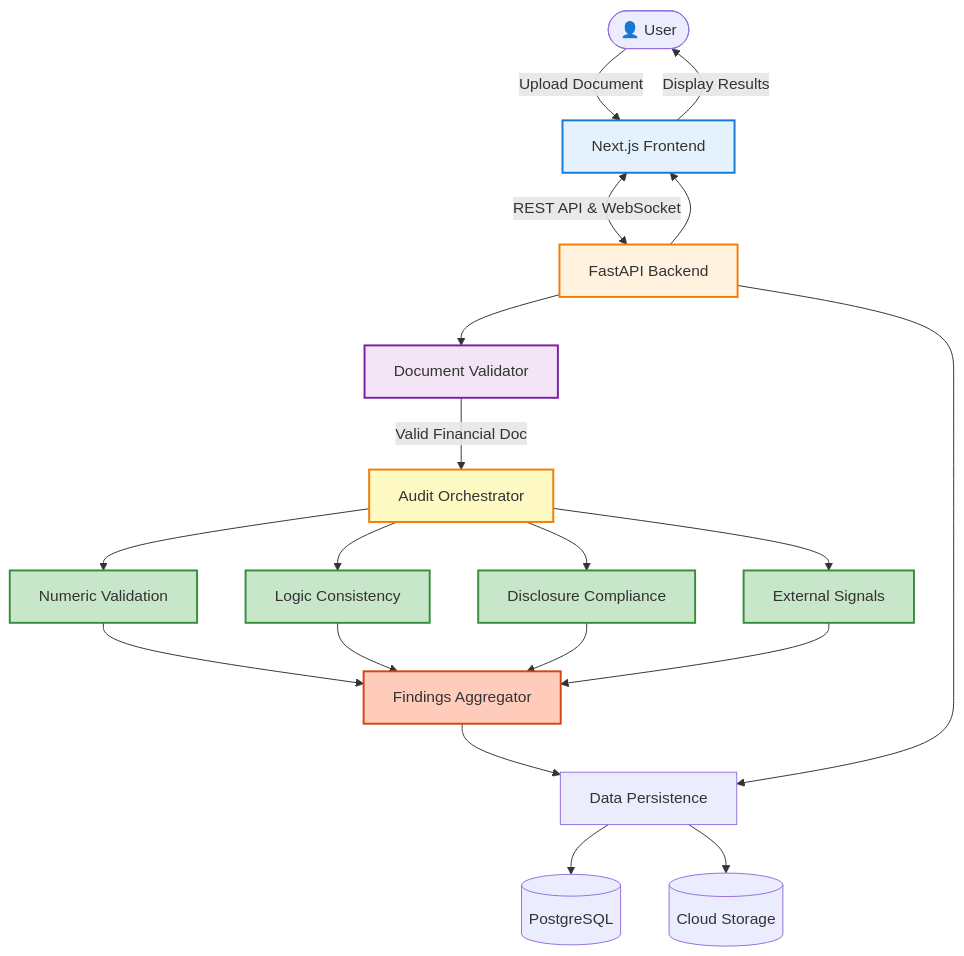
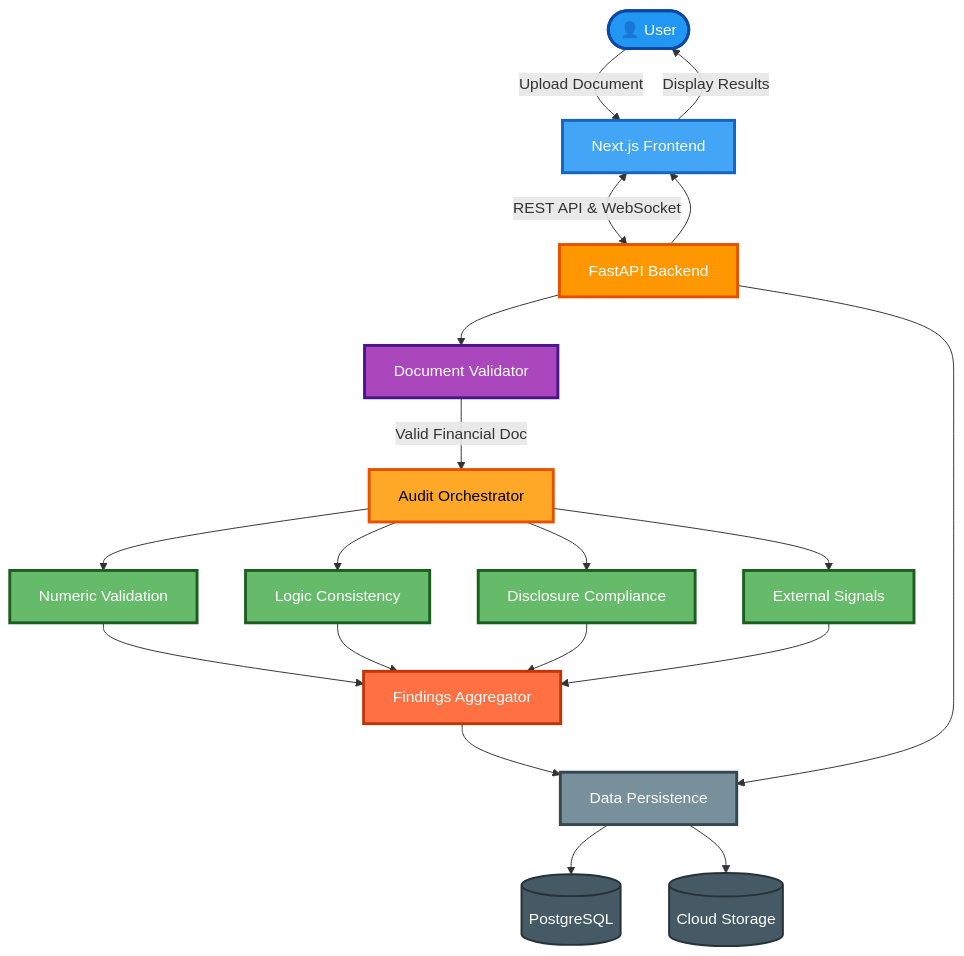
Before and after one commit to ogasimli/veritas-ai: the diagram in README.md, drawn with Mermaid. The commit also changed 1 other file, not shown here.

Commit message:
doc: update README files

````diff
--- a/README.md
+++ b/README.md
@@ -151,38 +151,41 @@
 ```mermaid
 flowchart TD
     User([👤 User]) -->|Upload Document| Frontend
 
     Frontend[Next.js Frontend] <-->|REST API & WebSocket| Backend[FastAPI Backend]
 
     Backend --> Validator[Document Validator]
     Validator -->|Valid Financial Doc| Orchestrator[Audit Orchestrator]
 
     Orchestrator --> Agent1[Numeric Validation]
     Orchestrator --> Agent2[Logic Consistency]
     Orchestrator --> Agent3[Disclosure Compliance]
     Orchestrator --> Agent4[External Signals]
 
     Agent1 --> Aggregator[Findings Aggregator]
     Agent2 --> Aggregator
     Agent3 --> Aggregator
     Agent4 --> Aggregator
 
     Aggregator --> Storage
 
     Backend --> Storage[Data Persistence]
     Storage --> DB[(PostgreSQL)]
     Storage --> GCS[(Cloud Storage)]
 
     Backend --> Frontend
     Frontend -->|Display Results| User
-
-    style Frontend fill:#e3f2fd,stroke:#1976d2,stroke-width:2px
-    style Backend fill:#fff3e0,stroke:#f57c00,stroke-width:2px
-    style Validator fill:#f3e5f5,stroke:#7b1fa2,stroke-width:2px
-    style Orchestrator fill:#fff9c4,stroke:#f57c00,stroke-width:2px
-    style Agent1 fill:#c8e6c9,stroke:#388e3c,stroke-width:2px
-    style Agent2 fill:#c8e6c9,stroke:#388e3c,stroke-width:2px
-    style Agent3 fill:#c8e6c9,stroke:#388e3c,stroke-width:2px
-    style Agent4 fill:#c8e6c9,stroke:#388e3c,stroke-width:2px
-    style Aggregator fill:#ffccbc,stroke:#d84315,stroke-width:2px
+    style User fill:#2196F3,stroke:#0D47A1,stroke-width:3px,color:#fff
+    style Frontend fill:#42A5F5,stroke:#1565C0,stroke-width:3px,color:#fff
+    style Backend fill:#FF9800,stroke:#E65100,stroke-width:3px,color:#fff
+    style Validator fill:#AB47BC,stroke:#4A148C,stroke-width:3px,color:#fff
+    style Orchestrator fill:#FFA726,stroke:#E65100,stroke-width:3px,color:#000
+    style Agent1 fill:#66BB6A,stroke:#1B5E20,stroke-width:3px,color:#fff
+    style Agent2 fill:#66BB6A,stroke:#1B5E20,stroke-width:3px,color:#fff
+    style Agent3 fill:#66BB6A,stroke:#1B5E20,stroke-width:3px,color:#fff
+    style Agent4 fill:#66BB6A,stroke:#1B5E20,stroke-width:3px,color:#fff
+    style Aggregator fill:#FF7043,stroke:#BF360C,stroke-width:3px,color:#fff
+    style Storage fill:#78909C,stroke:#37474F,stroke-width:3px,color:#fff
+    style DB fill:#455A64,stroke:#263238,stroke-width:2px,color:#fff
+    style GCS fill:#455A64,stroke:#263238,stroke-width:2px,color:#fff
 ```
````
